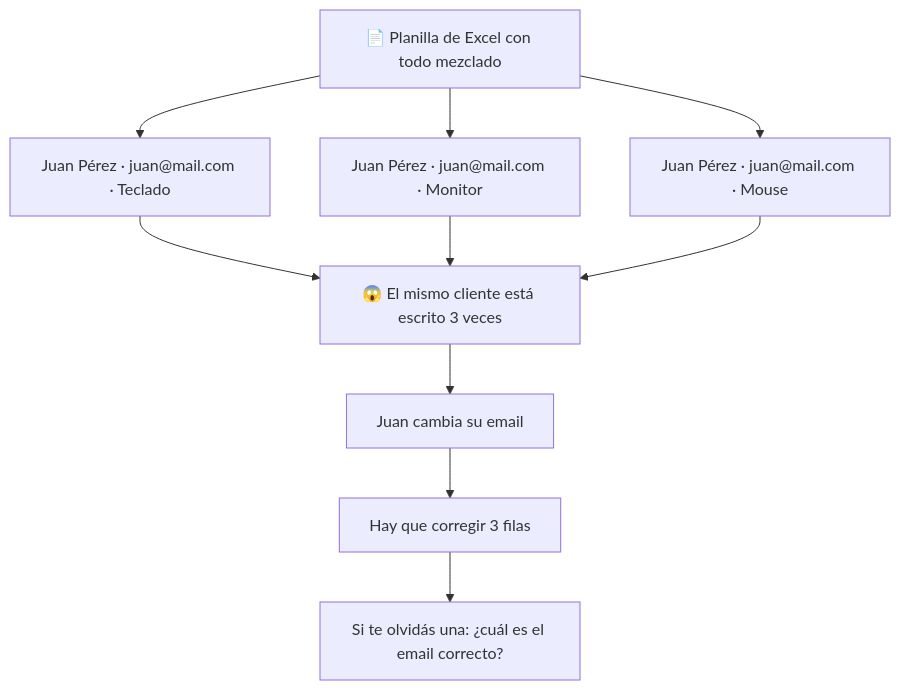
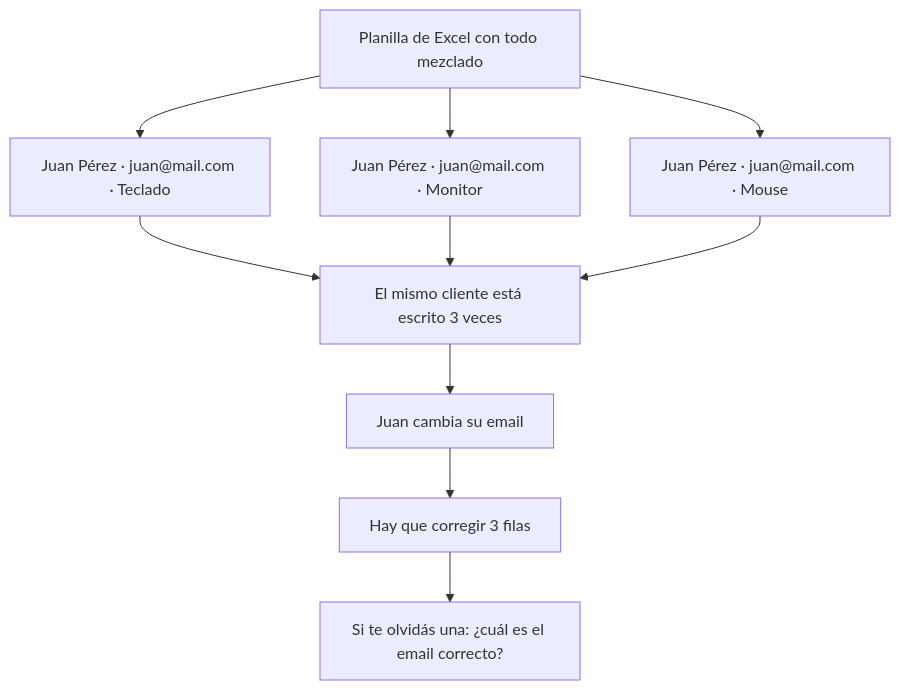
One commit to leanaraque/data_analytics_2026 changed the sixth of 18 diagrams in documentacion/Semana-02-Esquemas-Conceptos.md. Above: the diagram before and after it, drawn with Mermaid. The commit also changed other lines of this file and 109 other files, not shown here.

````diff
--- a/documentacion/Semana-02-Esquemas-Conceptos.md
+++ b/documentacion/Semana-02-Esquemas-Conceptos.md
@@ -116,14 +116,14 @@
 ```mermaid
 flowchart TB
-    A["📄 Planilla de Excel con todo mezclado"] --> B["Juan Pérez · juan@mail.com · Teclado"]
+    A["Planilla de Excel con todo mezclado"] --> B["Juan Pérez · juan@mail.com · Teclado"]
     A --> C["Juan Pérez · juan@mail.com · Monitor"]
     A --> D["Juan Pérez · juan@mail.com · Mouse"]
 
-    B --> E["😱 El mismo cliente está escrito 3 veces"]
+    B --> E["El mismo cliente está escrito 3 veces"]
     C --> E
     D --> E
 
     E --> F["Juan cambia su email"]
     F --> G["Hay que corregir 3 filas"]
     G --> H["Si te olvidás una: ¿cuál es el email correcto?"]
 ```
````
